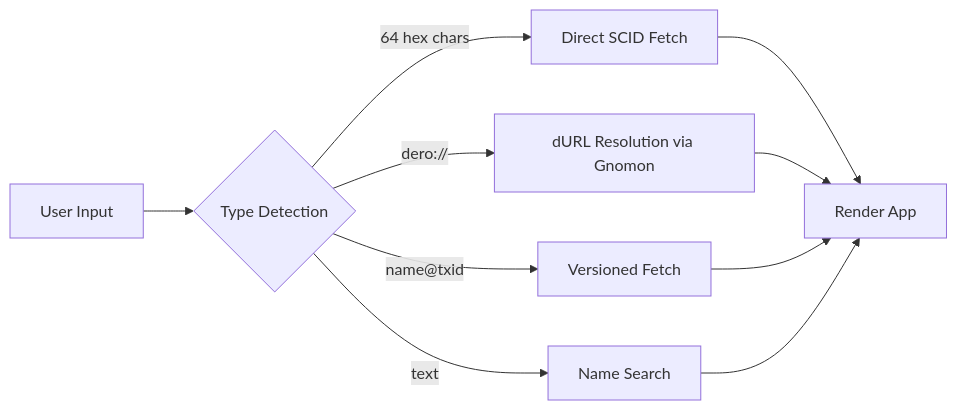
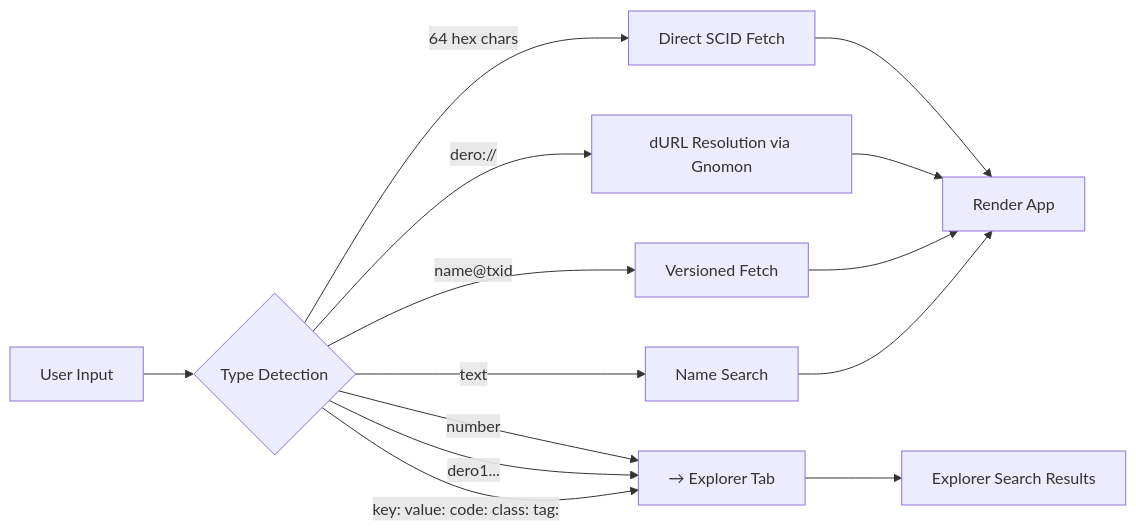
One commit to DHEBP/dero-docs changed the second of 2 diagrams in hologram-main/pages/browser.mdx. Above: the diagram before and after it, drawn with Mermaid. The commit also changed other lines of this file and 11 other files, not shown here.

````diff
--- a/hologram-main/pages/browser.mdx
+++ b/hologram-main/pages/browser.mdx
@@ -47,14 +47,18 @@
 ```mermaid
 flowchart LR
     INPUT["User Input"] --> DETECT{Type Detection}
     
     DETECT -->|"64 hex chars"| SCID["Direct SCID Fetch"]
     DETECT -->|"dero://"| DURL["dURL Resolution via Gnomon"]
     DETECT -->|"name@txid"| VER["Versioned Fetch"]
     DETECT -->|"text"| SEARCH["Name Search"]
+    DETECT -->|"number"| EXPLORER["→ Explorer Tab"]
+    DETECT -->|"dero1..."| EXPLORER
+    DETECT -->|"key: value: code: class: tag:"| EXPLORER
     
     SCID --> RENDER["Render App"]
     DURL --> RENDER
     VER --> RENDER
     SEARCH --> RENDER
+    EXPLORER --> RESULT["Explorer Search Results"]
 ```
````
